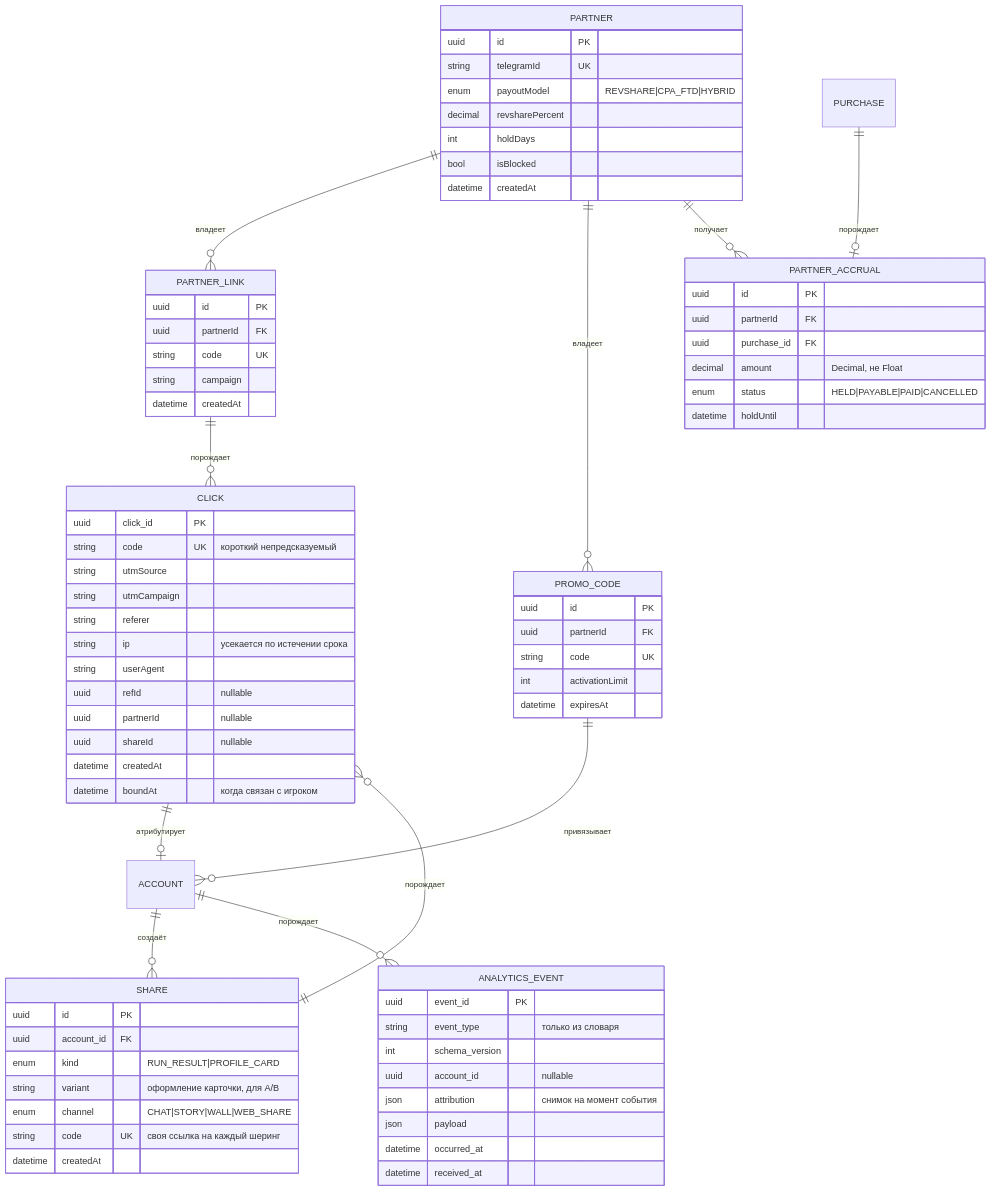
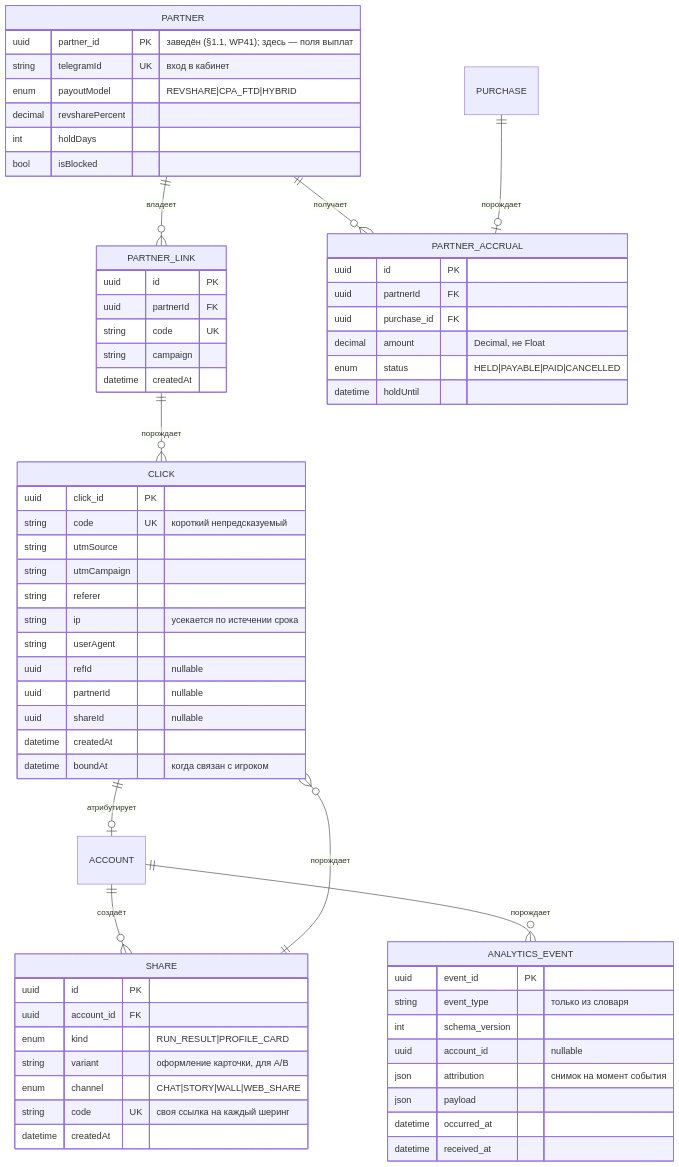
Before and after one commit to JJSGxKD/rubezh: the third of 28 diagrams in docs/21-diagrams.md, drawn with Mermaid. The commit also changed other lines of this file and 26 other files, not shown here.

```diff
--- a/docs/21-diagrams.md
+++ b/docs/21-diagrams.md
@@ -1075,9 +1106,7 @@
 erDiagram
     CLICK ||--o| ACCOUNT : "атрибутирует"
     PARTNER ||--o{ PARTNER_LINK : "владеет"
-    PARTNER ||--o{ PROMO_CODE : "владеет"
     PARTNER_LINK ||--o{ CLICK : "порождает"
-    PROMO_CODE ||--o{ ACCOUNT : "привязывает"
     PARTNER ||--o{ PARTNER_ACCRUAL : "получает"
     PURCHASE ||--o| PARTNER_ACCRUAL : "порождает"
     ACCOUNT ||--o{ SHARE : "создаёт"
@@ -1100,13 +1129,12 @@
     }
 
     PARTNER {
-        uuid id PK
-        string telegramId UK
+        uuid partner_id PK "заведён (§1.1, WP41); здесь — поля выплат"
+        string telegramId UK "вход в кабинет"
         enum payoutModel "REVSHARE|CPA_FTD|HYBRID"
         decimal revsharePercent
         int holdDays
         bool isBlocked
-        datetime createdAt
     }
 
     PARTNER_LINK {
@@ -1115,14 +1143,6 @@
         string code UK
         string campaign
         datetime createdAt
-    }
-
-    PROMO_CODE {
-        uuid id PK
-        uuid partnerId FK
-        string code UK
-        int activationLimit
-        datetime expiresAt
     }
 
     PARTNER_ACCRUAL {
```
